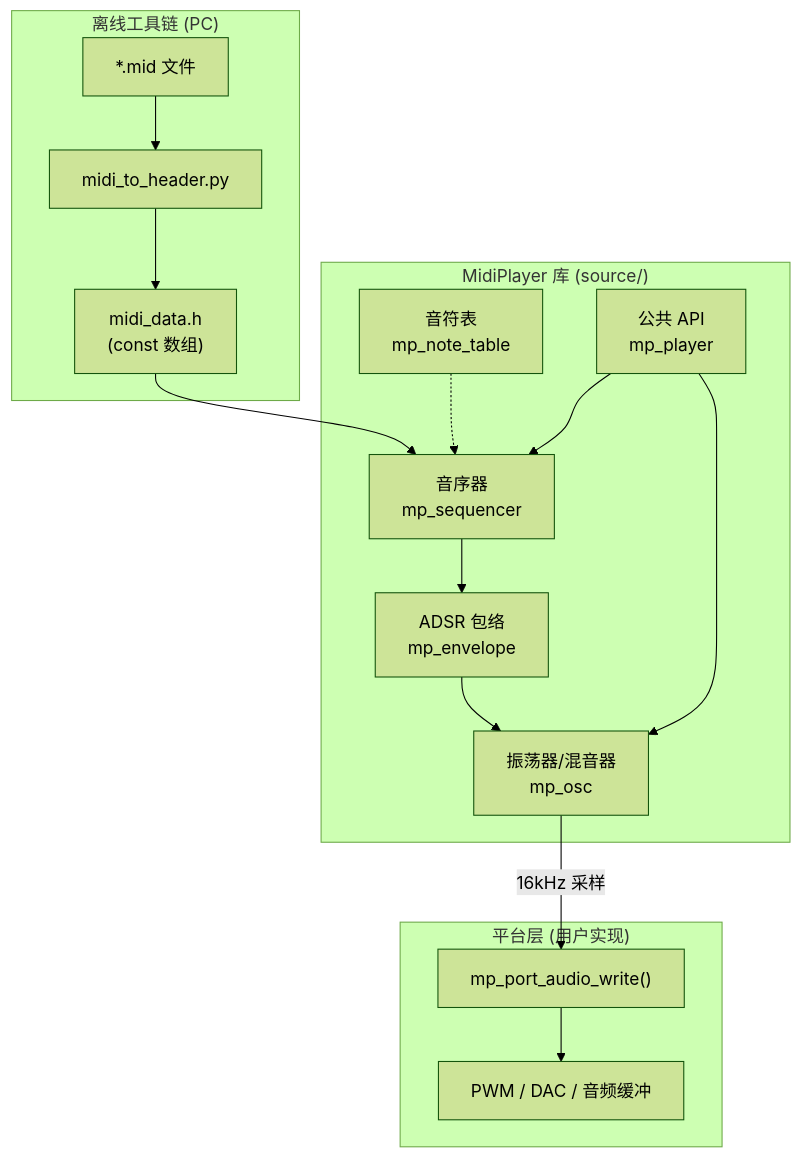
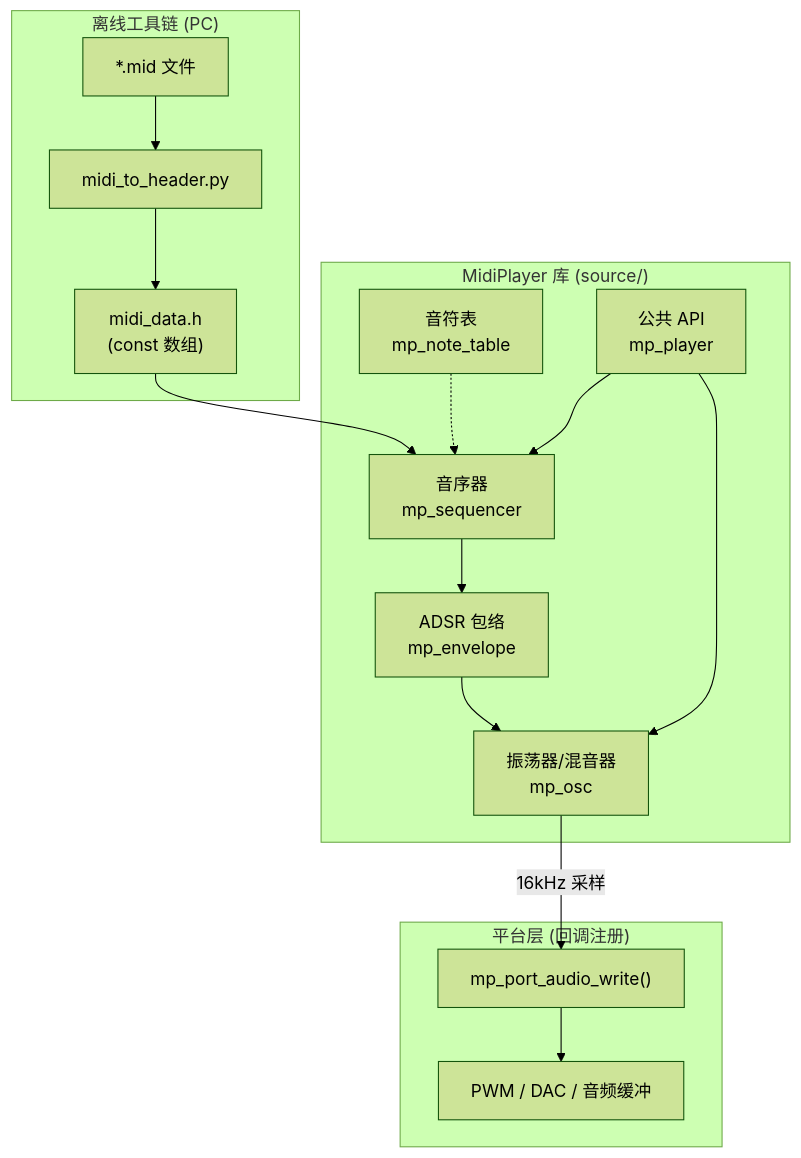
The first of 4 diagrams in README.md (FASTSHIFT/MidiPlayer), drawn with Mermaid (forest theme) before and after one commit. The commit also changed other lines of this file and 8 other files, not shown here.

````diff
--- a/README.md
+++ b/README.md
@@ -20,21 +20,21 @@
 ```mermaid
 graph TD
     subgraph "离线工具链 (PC)"
         MIDI["*.mid 文件"] --> CONV["midi_to_header.py"]
         CONV --> HDR["midi_data.h<br/>(const 数组)"]
     end
 
     subgraph "MidiPlayer 库 (source/)"
         HDR --> SEQ["音序器<br/>mp_sequencer"]
         SEQ --> ENV["ADSR 包络<br/>mp_envelope"]
         ENV --> OSC["振荡器/混音器<br/>mp_osc"]
         NT["音符表<br/>mp_note_table"] -.-> SEQ
         API["公共 API<br/>mp_player"] --> SEQ
         API --> OSC
     end
 
-    subgraph "平台层 (用户实现)"
+    subgraph "平台层 (回调注册)"
         OSC --> |"16kHz 采样"| PORT["mp_port_audio_write()"]
         PORT --> PWM["PWM / DAC / 音频缓冲"]
     end
 ```
````
